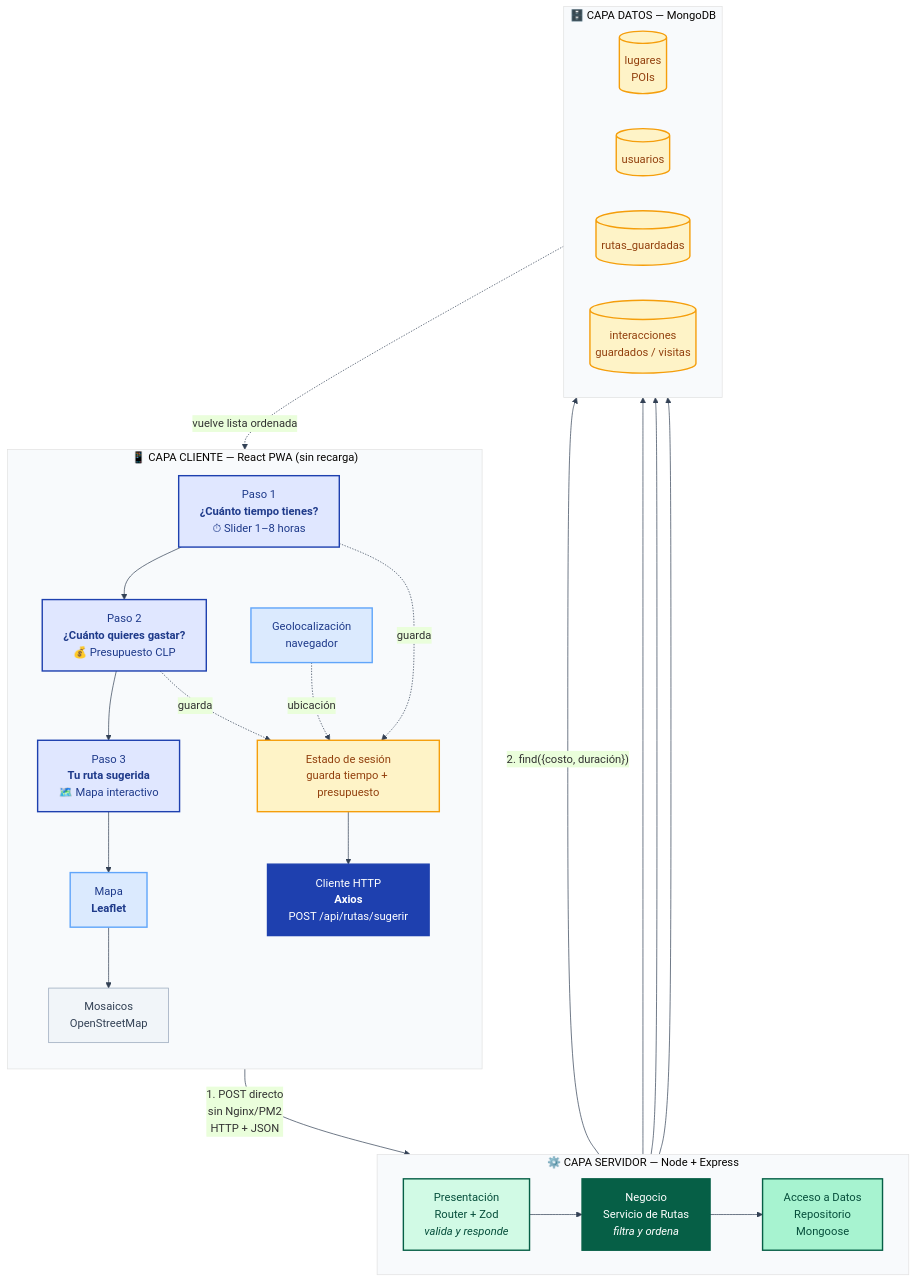
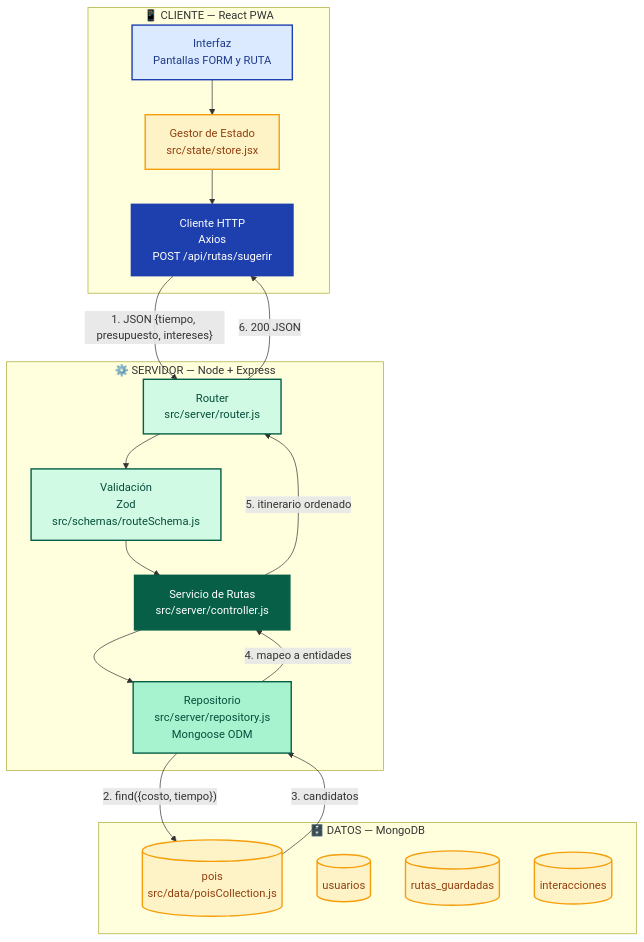
One commit to Sxnr/Santiago-Inteligente changed the diagram in docs/hito-1/Arquitectura_tecnica.md. Above: the diagram before and after it, drawn with Mermaid.

Commit message:
docs(arq): actualiza técnica con cliente, servidor, capas y caso de uso

````diff
--- a/docs/hito-1/Arquitectura_tecnica.md
+++ b/docs/hito-1/Arquitectura_tecnica.md
@@ -1,59 +1,39 @@
 ```mermaid
-%%{init: {'theme':'base', 'themeVariables':{'primaryColor':'#dbeafe','primaryBorderColor':'#1e40af','lineColor':'#334155','tertiaryColor':'#f8fafc'}}}%%
 flowchart TD
-
-    subgraph CLIENTE["📱 CAPA CLIENTE — React PWA (sin recarga)"]
-        direction TB
-        P1["Paso 1<br><b>¿Cuánto tiempo tienes?</b><br>⏱ Slider 1–8 horas"]:::paso
-        P2["Paso 2<br><b>¿Cuánto quieres gastar?</b><br>💰 Presupuesto CLP"]:::paso
-        P3["Paso 3<br><b>Tu ruta sugerida</b><br>🗺️ Mapa interactivo"]:::paso
-        P1 --> P2 --> P3
-
-        ESTADO["Estado de sesión<br>guarda tiempo + presupuesto"]:::estado
-        P1 -. guarda .-> ESTADO
-        P2 -. guarda .-> ESTADO
-
-        HTTP["Cliente HTTP<br><b>Axios</b><br>POST /api/rutas/sugerir"]:::http
-        ESTADO --> HTTP
-
-        MAPA["Mapa<br><b>Leaflet</b>"]:::mapa
-        GPS["Geolocalización<br>navegador"]:::mapa
-        P3 --> MAPA
-        GPS -. ubicación .-> ESTADO
-        OSM["Mosaicos<br>OpenStreetMap"]:::osm
-        MAPA --> OSM
+    subgraph CLIENTE["📱 CLIENTE — React PWA"]
+        UI["Interfaz<br>Pantallas FORM y RUTA"]:::ui
+        ESTADO["Gestor de Estado<br>src/state/store.jsx"]:::estado
+        HTTP["Cliente HTTP<br>Axios<br>POST /api/rutas/sugerir"]:::http
+        UI --> ESTADO --> HTTP
     end
 
-    subgraph SERVIDOR["⚙️ CAPA SERVIDOR — Node + Express"]
-        direction LR
-        PRES["Presentación<br>Router + Zod<br><i>valida y responde</i>"]:::pres
-        NEG["Negocio<br>Servicio de Rutas<br><i>filtra y ordena</i>"]:::neg
-        ACC["Acceso a Datos<br>Repositorio<br>Mongoose"]:::acc
-        PRES --> NEG --> ACC
+    subgraph SERVIDOR["⚙️ SERVIDOR — Node + Express"]
+        ROUTER["Router<br>src/server/router.js"]:::pres
+        ZOD["Validación<br>Zod<br>src/schemas/routeSchema.js"]:::pres
+        SERV["Servicio de Rutas<br>src/server/controller.js"]:::neg
+        REPO["Repositorio<br>src/server/repository.js<br>Mongoose ODM"]:::acc
+        ROUTER --> ZOD --> SERV --> REPO
     end
 
-    subgraph DATOS["🗄️ CAPA DATOS — MongoDB"]
-        direction LR
-        LUGARES[("lugares<br>POIs")]:::bd
-        USUARIOS[("usuarios")]:::bd
+    subgraph DATOS["🗄️ DATOS — MongoDB"]
+        POIS[("pois<br>src/data/poisCollection.js")]:::bd
+        USU[("usuarios")]:::bd
         RUTAS[("rutas_guardadas")]:::bd
-        INTER[("interacciones<br>guardados / visitas")]:::bd
+        INTER[("interacciones")]:::bd
     end
 
-    HTTP -- "1. POST directo<br>sin Nginx/PM2<br>HTTP + JSON" --> PRES
-    ACC -- "2. find({costo, duración})" --> LUGARES
-    ACC --> USUARIOS
-    ACC --> RUTAS
-    ACC --> INTER
-    RUTAS -. "vuelve lista ordenada" .-> P3
+    HTTP -- "1. JSON {tiempo, presupuesto, intereses}" --> ROUTER
+    REPO -- "2. find({costo, tiempo})" --> POIS
+    POIS -- "3. candidatos" --> REPO
+    REPO -- "4. mapeo a entidades" --> SERV
+    SERV -- "5. itinerario ordenado" --> ROUTER
+    ROUTER -- "6. 200 JSON" --> HTTP
 
-    classDef paso fill:#e0e7ff,stroke:#1e40af,stroke-width:2px,color:#1e3a8a
+    classDef ui fill:#dbeafe,stroke:#1e40af,stroke-width:2px,color:#1e3a8a
     classDef estado fill:#fef3c7,stroke:#f59e0b,stroke-width:2px,color:#92400e
     classDef http fill:#1e40af,stroke:#1e40af,stroke-width:2px,color:#fff
-    classDef mapa fill:#dbeafe,stroke:#60a5fa,stroke-width:2px,color:#1e3a8a
-    classDef osm fill:#f1f5f9,stroke:#94a3b8,stroke-width:1px,color:#334155
     classDef pres fill:#d1fae5,stroke:#065f46,stroke-width:2px,color:#064e3b
     classDef neg fill:#065f46,stroke:#065f46,stroke-width:2px,color:#fff
     classDef acc fill:#a7f3d0,stroke:#065f46,stroke-width:2px,color:#064e3b
     classDef bd fill:#fef3c7,stroke:#f59e0b,stroke-width:2px,color:#92400e
 ```
````
